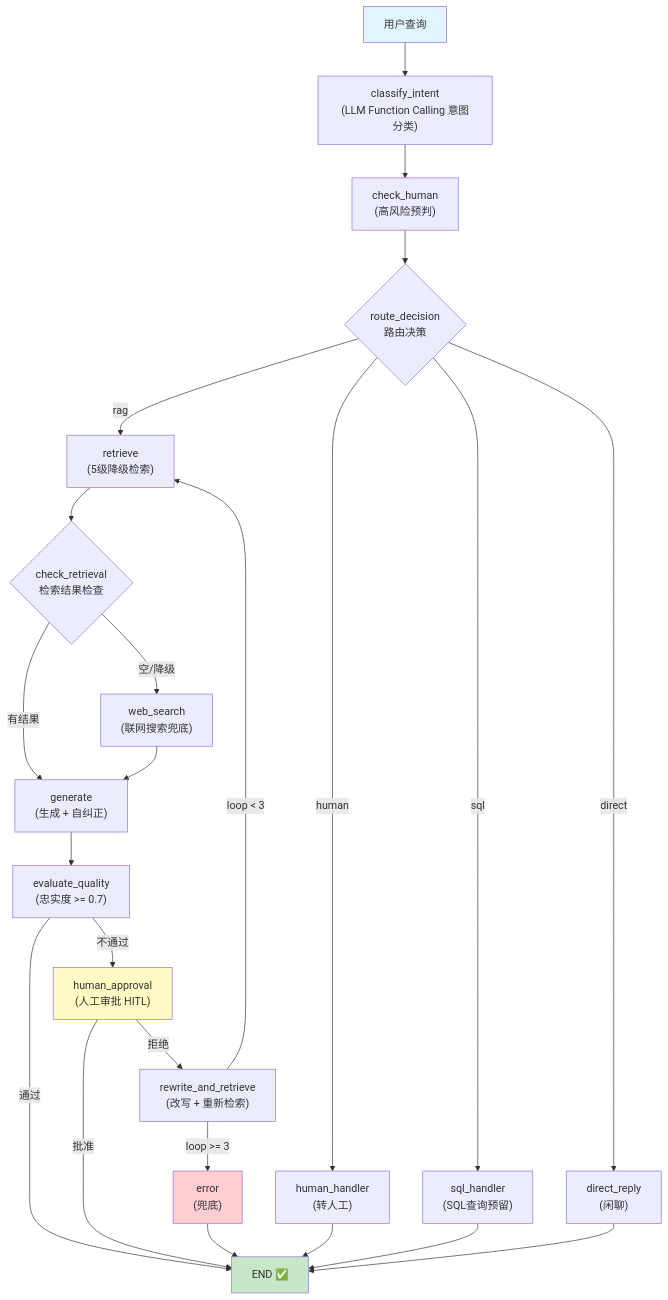
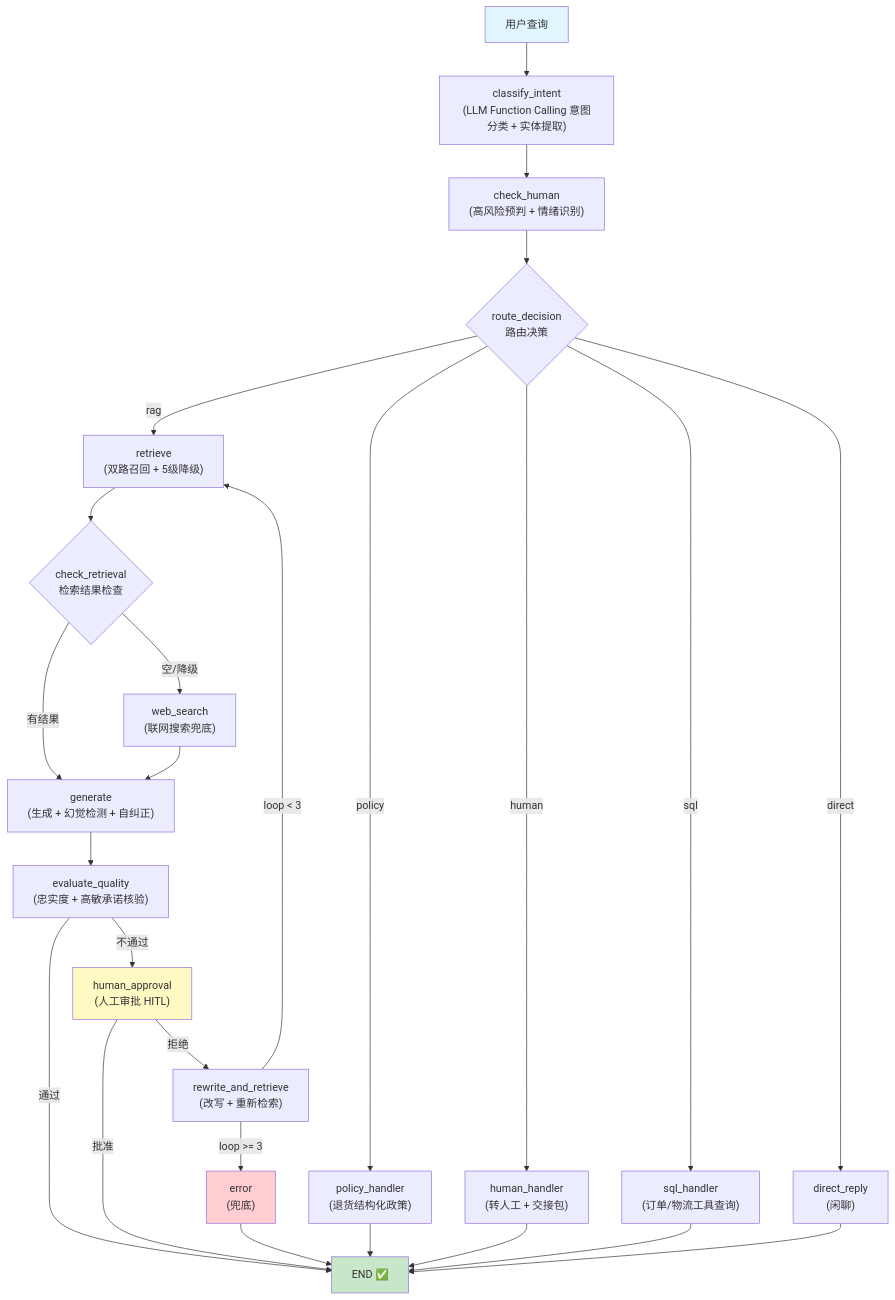
Before and after one commit to auron-lmh/rag-ecommerce-customer-service: the diagram in README.md, drawn with Mermaid. The commit also changed other lines of this file, not shown here.

````diff
--- a/README.md
+++ b/README.md
@@ -148,31 +189,32 @@
 ```mermaid
 graph TD
-    A["用户查询"] --> B["classify_intent<br/>(LLM Function Calling 意图分类)"]
-    B --> C["check_human<br/>(高风险预判)"]
+    A["用户查询"] --> B["classify_intent<br/>(LLM Function Calling 意图分类 + 实体提取)"]
+    B --> C["check_human<br/>(高风险预判 + 情绪识别)"]
     C --> D{"route_decision<br/>路由决策"}
 
-    D -->|rag| E["retrieve<br/>(5级降级检索)"]
-    D -->|human| F["human_handler<br/>(转人工)"]
-    D -->|sql| G["sql_handler<br/>(SQL查询预留)"]
+    D -->|rag| E["retrieve<br/>(双路召回 + 5级降级)"]
+    D -->|policy| P2["policy_handler<br/>(退货结构化政策)"]
+    D -->|human| F["human_handler<br/>(转人工 + 交接包)"]
+    D -->|sql| G["sql_handler<br/>(订单/物流工具查询)"]
     D -->|direct| H["direct_reply<br/>(闲聊)"]
 
     E --> I{"check_retrieval<br/>检索结果检查"}
-    I -->|有结果| J["generate<br/>(生成 + 自纠正)"]
+    I -->|有结果| J["generate<br/>(生成 + 幻觉检测 + 自纠正)"]
     I -->|空/降级| K["web_search<br/>(联网搜索兜底)"]
     K --> J
 
-    J --> L["evaluate_quality<br/>(忠实度 >= 0.7)"]
+    J --> L["evaluate_quality<br/>(忠实度 + 高敏承诺核验)"]
     L -->|通过| M["END ✅"]
     L -->|不通过| N["human_approval<br/>(人工审批 HITL)"]
     N -->|批准| M
     N -->|拒绝| O["rewrite_and_retrieve<br/>(改写 + 重新检索)"]
     O -->|loop < 3| E
     O -->|loop >= 3| P["error<br/>(兜底)"]
 
-    F --> M; G --> M; H --> M; P --> M
+    F --> M; G --> M; H --> M; P2 --> M; P --> M
 
     style A fill:#e1f5fe
     style M fill:#c8e6c9
     style N fill:#fff9c4
     style P fill:#ffcdd2
 ```
````
